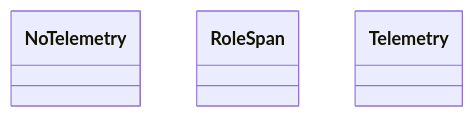
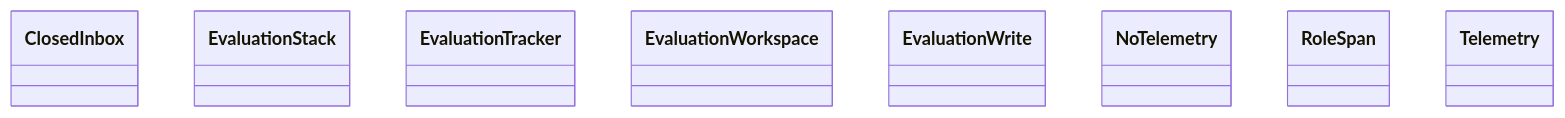
One commit to GonzaloZevallos/agentic-system changed the diagram in docs/architecture/generated/classes-process-adapters-toplevel.md. Above: the diagram before and after it, drawn with Mermaid. The commit also changed 7 other files, not shown here.

````diff
--- a/docs/architecture/generated/classes-process-adapters-toplevel.md
+++ b/docs/architecture/generated/classes-process-adapters-toplevel.md
@@ -11,6 +11,11 @@
 ```mermaid
 classDiagram
+    class evaluation__ClosedInbox["ClosedInbox"]
+    class evaluation__EvaluationStack["EvaluationStack"]
+    class evaluation__EvaluationTracker["EvaluationTracker"]
+    class evaluation__EvaluationWorkspace["EvaluationWorkspace"]
+    class evaluation__EvaluationWrite["EvaluationWrite"]
     class telemetry__NoTelemetry["NoTelemetry"]
     class telemetry__RoleSpan["RoleSpan"]
     class telemetry__Telemetry["Telemetry"]
 ```
````
